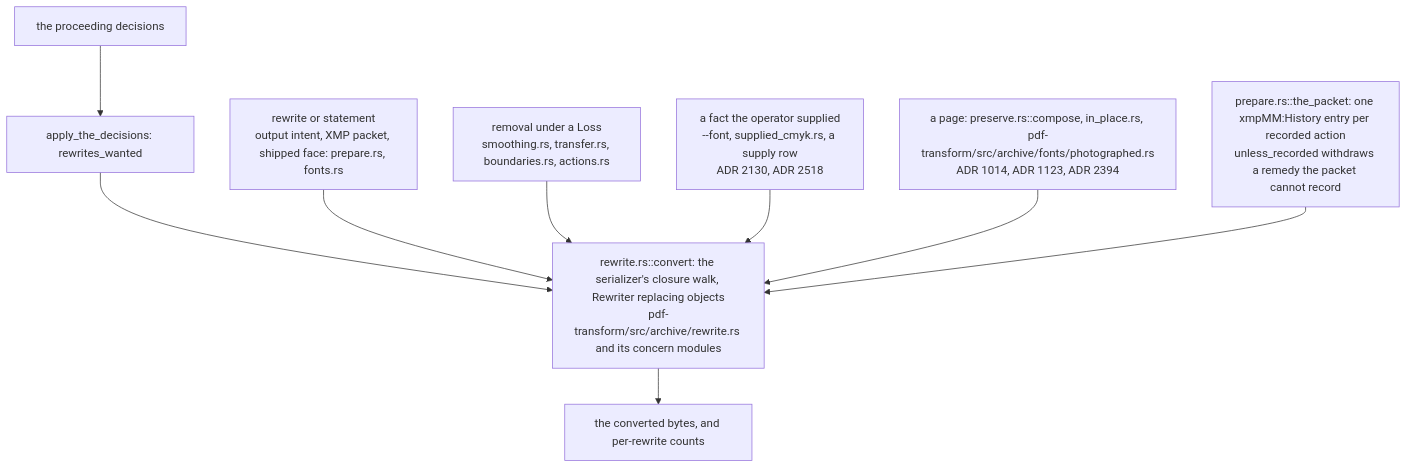
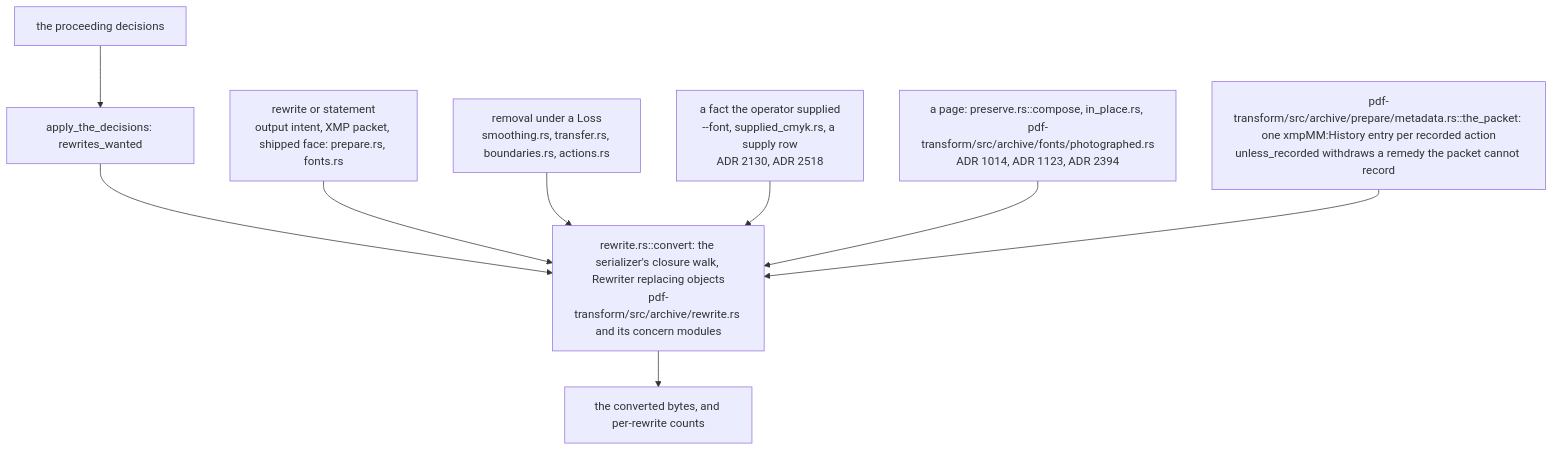
The fourth of 6 diagrams in doc/teaching/how-a-document-becomes-pdfa.md (close2/pdf-viewer), drawn with Mermaid before and after one commit. The commit also changed other lines of this file and 114 other files, not shown here.

````diff
--- a/doc/teaching/how-a-document-becomes-pdfa.md
+++ b/doc/teaching/how-a-document-becomes-pdfa.md
@@ -353,20 +353,20 @@
 ```mermaid
 flowchart TD
     DECISIONS["the proceeding decisions"]
     WANTED["apply_the_decisions: rewrites_wanted"]
     CONVERT["rewrite.rs::convert: the serializer's closure walk, Rewriter replacing objects<br/>pdf-transform/src/archive/rewrite.rs and its concern modules"]
     STATE["rewrite or statement<br/>output intent, XMP packet, shipped face: prepare.rs, fonts.rs"]
     REMOVE["removal under a Loss<br/>smoothing.rs, transfer.rs, boundaries.rs, actions.rs"]
     SUPPLY["a fact the operator supplied<br/>--font, supplied_cmyk.rs, a supply row<br/>ADR 2130, ADR 2518"]
     PAGE["a page: preserve.rs::compose, in_place.rs, pdf-transform/src/archive/fonts/photographed.rs<br/>ADR 1014, ADR 1123, ADR 2394"]
-    PACKET["prepare.rs::the_packet: one xmpMM:History entry per recorded action<br/>unless_recorded withdraws a remedy the packet cannot record"]
+    PACKET["pdf-transform/src/archive/prepare/metadata.rs::the_packet: one xmpMM:History entry per recorded action<br/>unless_recorded withdraws a remedy the packet cannot record"]
     BYTES["the converted bytes, and per-rewrite counts"]
 
     DECISIONS --> WANTED --> CONVERT
     STATE --> CONVERT
     REMOVE --> CONVERT
     SUPPLY --> CONVERT
     PAGE --> CONVERT
     PACKET --> CONVERT
     CONVERT --> BYTES
 ```
````
